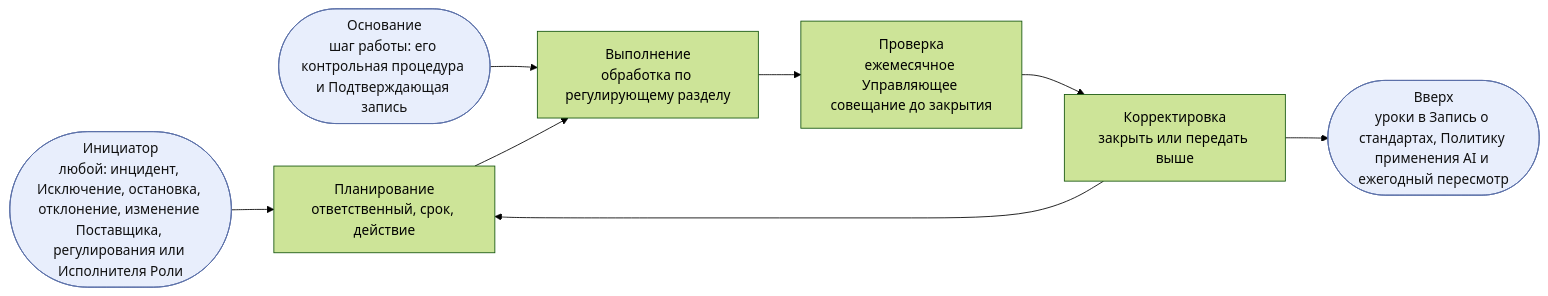
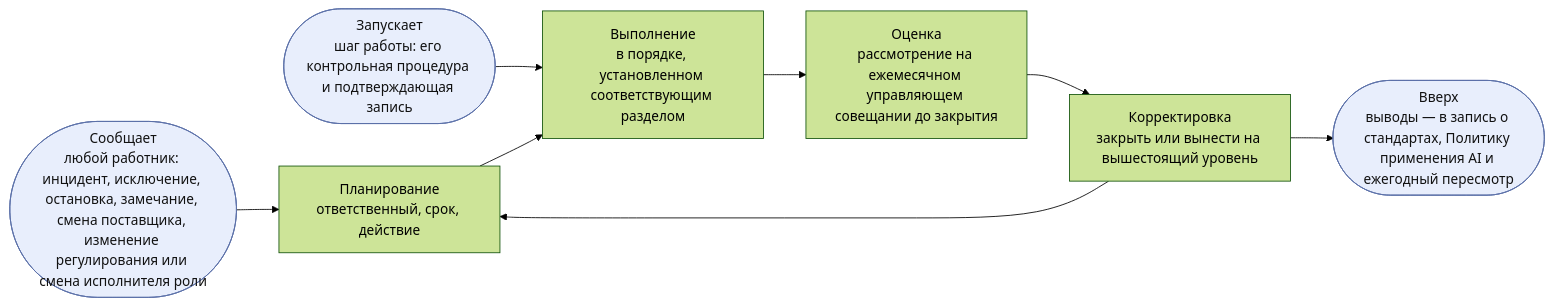
One commit to devhogu/ob-aicc changed the sixth of 8 diagrams in charter/ru/documents/operating-model.md. Above: the diagram before and after it, drawn with Mermaid (forest theme). The commit also changed other lines of this file and 2 other files, not shown here.

````diff
--- a/charter/ru/documents/operating-model.md
+++ b/charter/ru/documents/operating-model.md
@@ -240,8 +240,8 @@
 ```mermaid
 flowchart LR
-  IN(["Инициатор<br/>любой: инцидент, Исключение, остановка, отклонение, изменение Поставщика, регулирования или Исполнителя Роли"]):::iface --> P
-  ST(["Основание<br/>шаг работы: его контрольная процедура и Подтверждающая запись"]):::iface --> D
-  P["Планирование<br/>ответственный, срок, действие"] --> D["Выполнение<br/>обработка по регулирующему разделу"] --> C["Проверка<br/>ежемесячное Управляющее совещание до закрытия"] --> A["Корректировка<br/>закрыть или передать выше"] --> P
-  A --> OUT(["Вверх<br/>уроки в Запись о стандартах, Политику применения AI и ежегодный пересмотр"]):::iface
+  IN(["Сообщает<br/>любой работник: инцидент, исключение, остановка, замечание, смена поставщика, изменение регулирования или смена исполнителя роли"]):::iface --> P
+  ST(["Запускает<br/>шаг работы: его контрольная процедура и подтверждающая запись"]):::iface --> D
+  P["Планирование<br/>ответственный, срок, действие"] --> D["Выполнение<br/>в порядке, установленном соответствующим разделом"] --> C["Оценка<br/>рассмотрение на ежемесячном управляющем совещании до закрытия"] --> A["Корректировка<br/>закрыть или вынести на вышестоящий уровень"] --> P
+  A --> OUT(["Вверх<br/>выводы — в запись о стандартах, Политику применения AI и ежегодный пересмотр"]):::iface
   classDef iface fill:#e8eefc,stroke:#5a6fa8,color:#111
 ```
````
